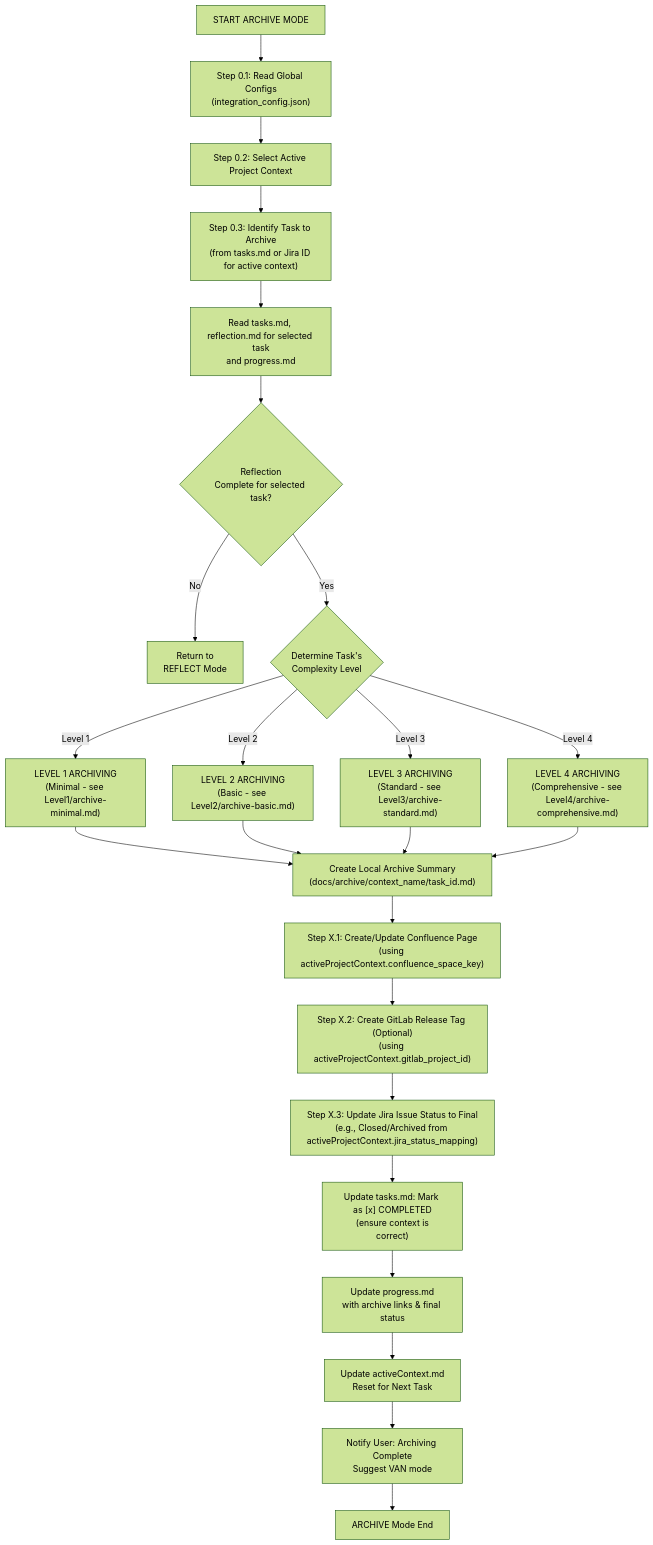
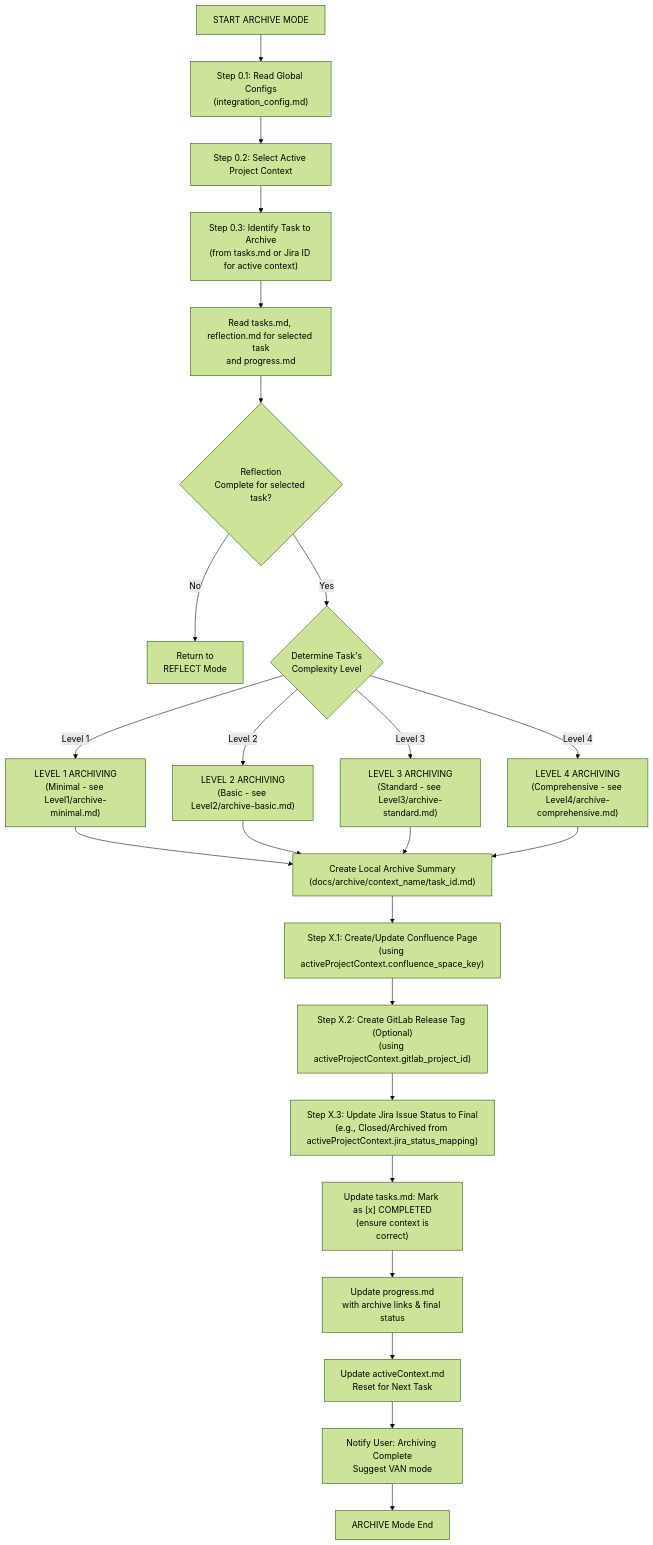
The first of 5 diagrams in .cursor/rules/isolation_rules/visual-maps/archive-mode-map.mdc (ms-moar/cursor-tools), drawn with Mermaid (forest theme) before and after one commit. The commit also changed 13 other files, not shown here.

````diff
--- a/.cursor/rules/isolation_rules/visual-maps/archive-mode-map.mdc
+++ b/.cursor/rules/isolation_rules/visual-maps/archive-mode-map.mdc
@@ -19,30 +19,30 @@
 ```mermaid
 graph TD
-    Start["START ARCHIVE MODE"] --> ReadGlobalConfig["Step 0.1: Read Global Configs<br>(integration_config.json)"]
+    Start["START ARCHIVE MODE"] --> ReadGlobalConfig["Step 0.1: Read Global Configs<br>(integration_config.md)"]
     ReadGlobalConfig --> SelectActiveContext["Step 0.2: Select Active Project Context"]
     SelectActiveContext --> IdentifyTaskToArchive["Step 0.3: Identify Task to Archive<br>(from tasks.md or Jira ID for active context)"]
     IdentifyTaskToArchive --> ReadRelevantDocs["Read tasks.md, reflection.md for selected task<br>and progress.md"]
     
     ReadRelevantDocs --> VerifyReflect{"Reflection<br>Complete for selected task?"}
     VerifyReflect -->|"No"| ReturnReflect["Return to<br>REFLECT Mode"]
     VerifyReflect -->|"Yes"| AssessLevel{"Determine Task's<br>Complexity Level"}
     
     AssessLevel -->|"Level 1"| L1Archive["LEVEL 1 ARCHIVING<br>(Minimal - see Level1/archive-minimal.md)"]
     AssessLevel -->|"Level 2"| L2Archive["LEVEL 2 ARCHIVING<br>(Basic - see Level2/archive-basic.md)"]
     AssessLevel -->|"Level 3"| L3Archive["LEVEL 3 ARCHIVING<br>(Standard - see Level3/archive-standard.md)"]
     AssessLevel -->|"Level 4"| L4Archive["LEVEL 4 ARCHIVING<br>(Comprehensive - see Level4/archive-comprehensive.md)"]
     
     L1Archive --> CreateLocalArchiveDoc["Create Local Archive Summary<br>(docs/archive/context_name/task_id.md)"]
     L2Archive --> CreateLocalArchiveDoc
     L3Archive --> CreateLocalArchiveDoc
     L4Archive --> CreateLocalArchiveDoc
 
     CreateLocalArchiveDoc --> UpdateConfluence["Step X.1: Create/Update Confluence Page<br>(using activeProjectContext.confluence_space_key)"]
     UpdateConfluence --> GitLabTag["Step X.2: Create GitLab Release Tag (Optional)<br>(using activeProjectContext.gitlab_project_id)"]
     GitLabTag --> JiraUpdate["Step X.3: Update Jira Issue Status to Final<br>(e.g., Closed/Archived from activeProjectContext.jira_status_mapping)"]
     JiraUpdate --> UpdateTasksMD["Update tasks.md: Mark as [x] COMPLETED<br> (ensure context is correct)"]
     UpdateTasksMD --> UpdateProgressMD["Update progress.md<br>with archive links & final status"]    
     UpdateProgressMD --> UpdateActiveContext["Update activeContext.md<br>Reset for Next Task"]
     UpdateActiveContext --> FinalNotify["Notify User: Archiving Complete<br>Suggest VAN mode"]
     FinalNotify --> End["ARCHIVE Mode End"]
 ```
````
